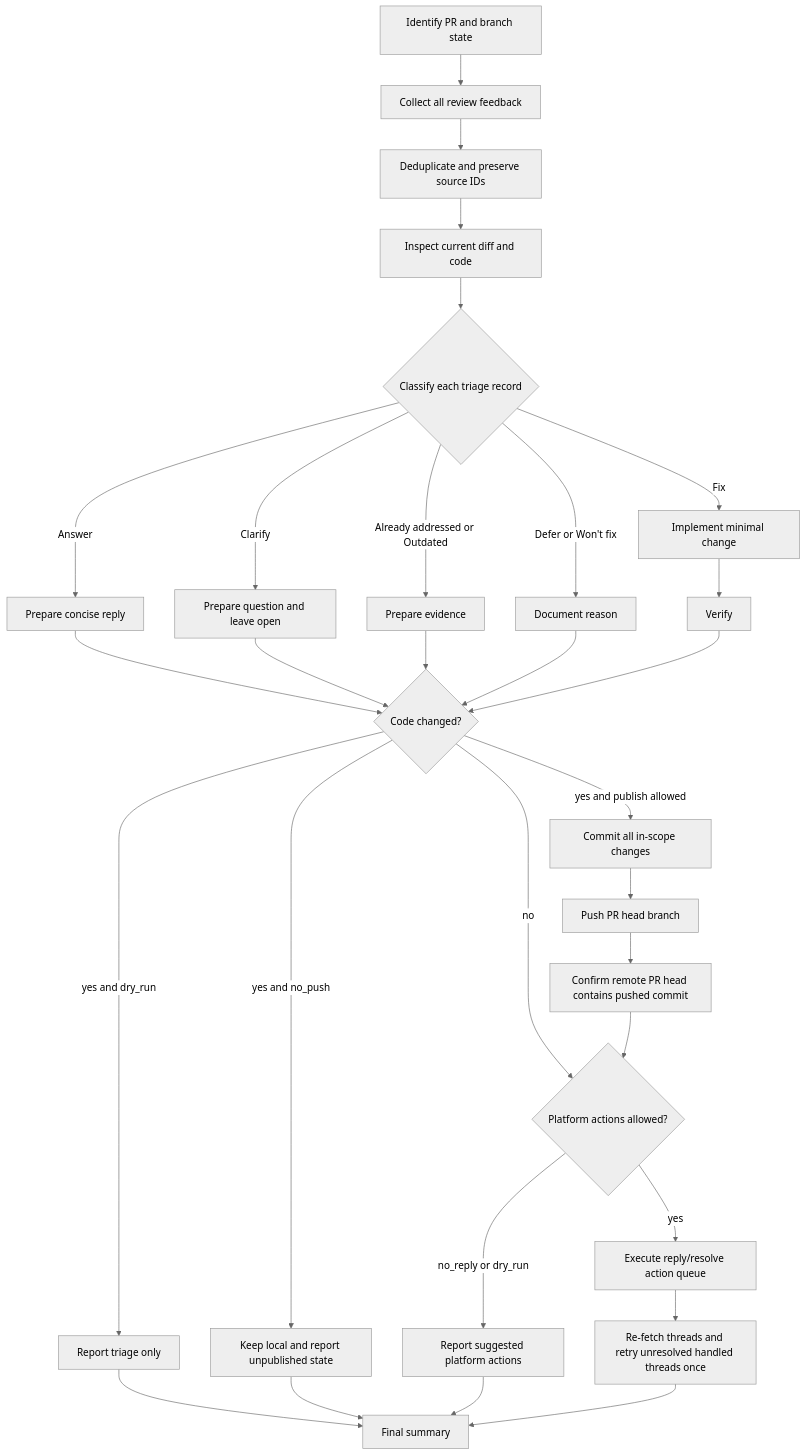
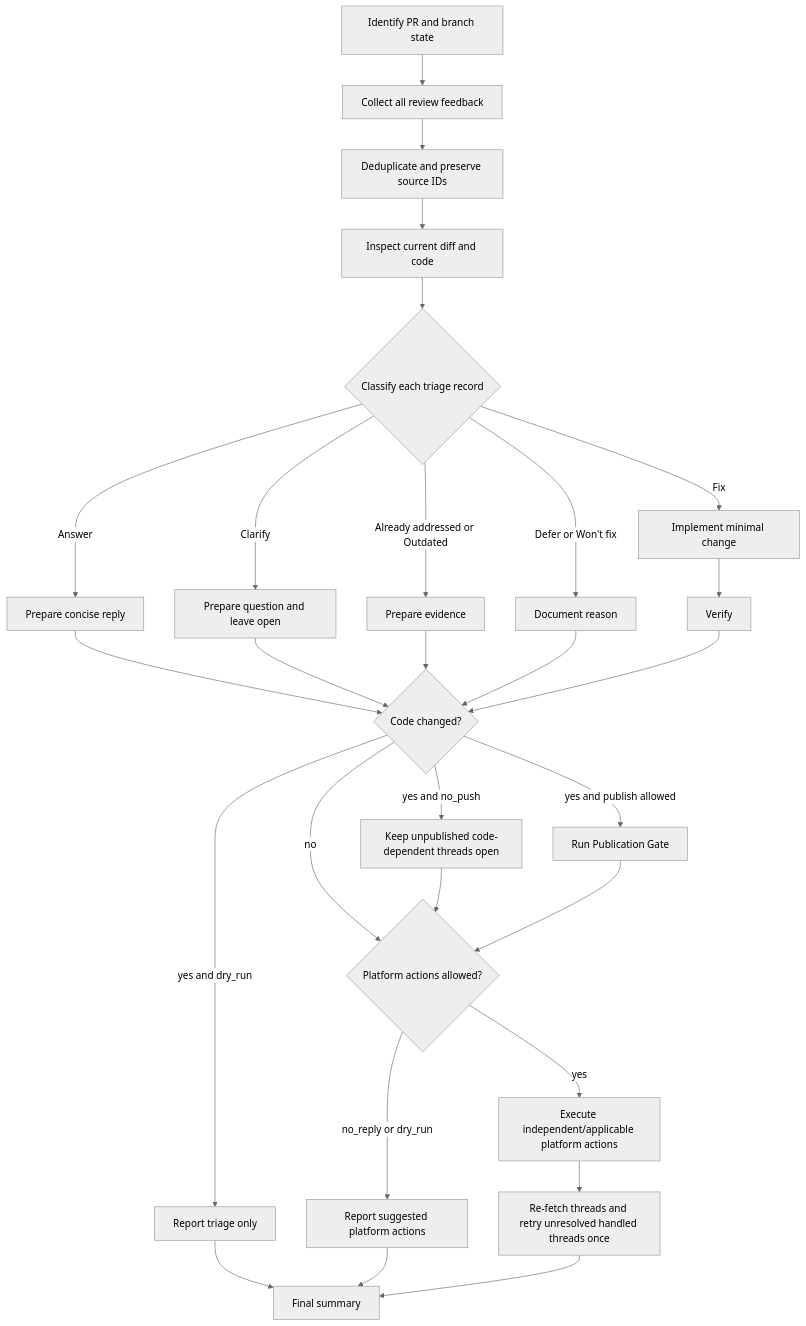
One commit to dceoy/ai-coding-agent-skills changed the diagram in skills/pr-feedback-triage/SKILL.md. Above: the diagram before and after it, drawn with Mermaid (neutral theme). The commit also changed other lines of this file, not shown here.

Commit message:
Tighten PR feedback publication flow

````diff
--- a/skills/pr-feedback-triage/SKILL.md
+++ b/skills/pr-feedback-triage/SKILL.md
@@ -149,32 +140,30 @@
 ```mermaid
 flowchart TD
   A[Identify PR and branch state] --> B[Collect all review feedback]
   B --> C[Deduplicate and preserve source IDs]
   C --> D[Inspect current diff and code]
   D --> E{Classify each triage record}
   E -->|Fix| F[Implement minimal change]
   E -->|Answer| G[Prepare concise reply]
   E -->|Clarify| H[Prepare question and leave open]
   E -->|Already addressed or Outdated| I[Prepare evidence]
   E -->|Defer or Won't fix| J[Document reason]
   F --> K[Verify]
   G --> L{Code changed?}
   H --> L
   I --> L
   J --> L
   K --> L
   L -->|yes and dry_run| M[Report triage only]
-  L -->|yes and no_push| N[Keep local and report unpublished state]
-  L -->|yes and publish allowed| P[Commit all in-scope changes]
+  L -->|yes and no_push| N[Keep unpublished code-dependent threads open]
+  L -->|yes and publish allowed| P[Run Publication Gate]
   L -->|no| T{Platform actions allowed?}
-  P --> U[Push PR head branch]
-  U --> V[Confirm remote PR head contains pushed commit]
-  V --> T
+  N --> T
+  P --> T
   T -->|no_reply or dry_run| O[Report suggested platform actions]
-  T -->|yes| R[Execute reply/resolve action queue]
+  T -->|yes| R[Execute independent/applicable platform actions]
   R --> S[Re-fetch threads and retry unresolved handled threads once]
   M --> Q[Final summary]
-  N --> Q
   O --> Q
   S --> Q
 ```
````
